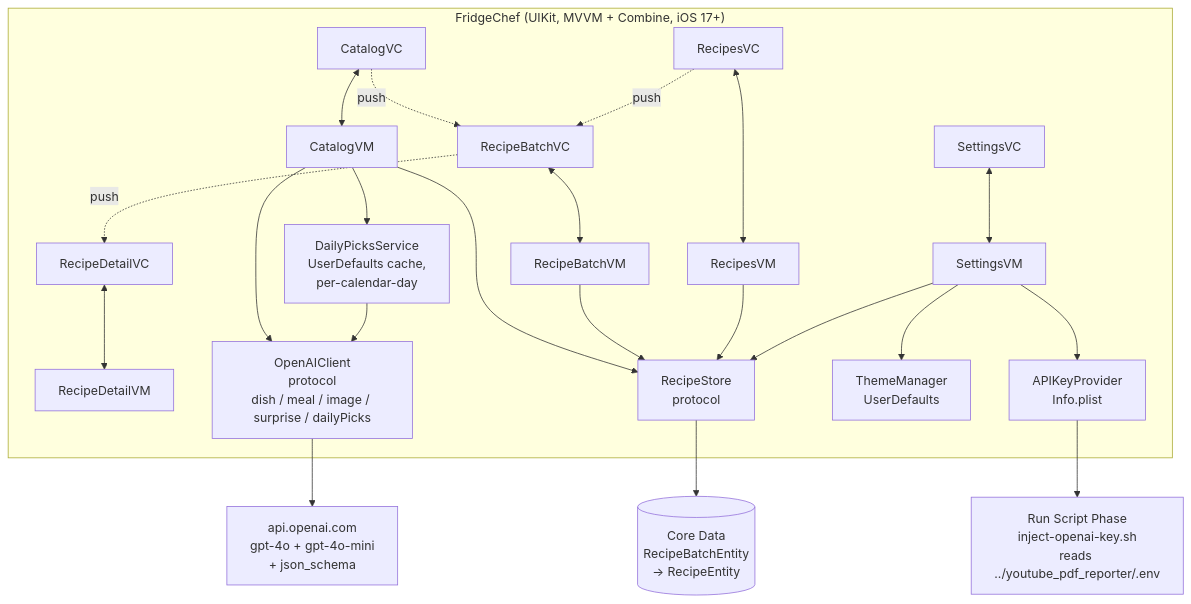
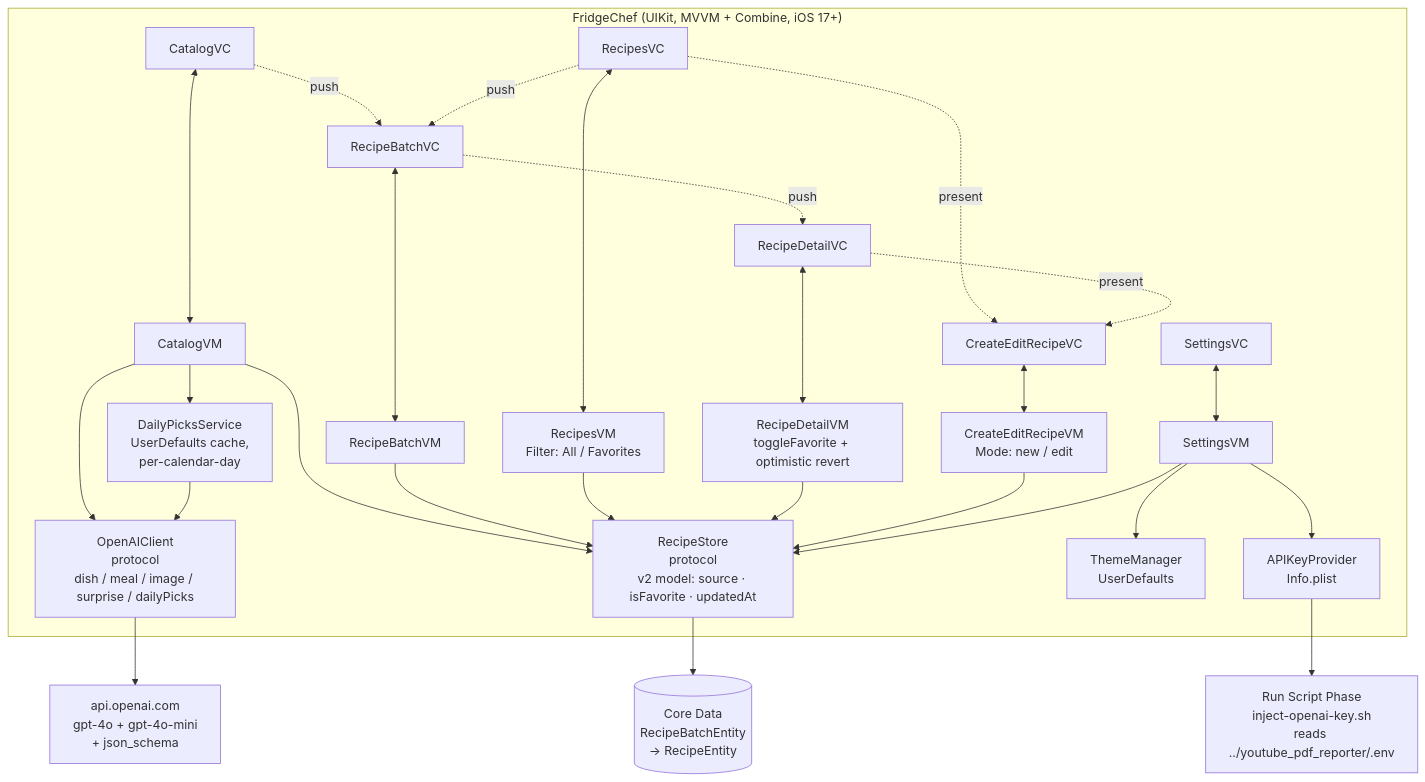
Before and after one commit to ZeekrBaha/fridgechef-ios: the first of 2 diagrams in README.md, drawn with Mermaid. The commit also changed other lines of this file and 5 other files, not shown here.

````diff
--- a/README.md
+++ b/README.md
@@ -72,34 +74,39 @@
 ```mermaid
 graph TB
     subgraph "FridgeChef (UIKit, MVVM + Combine, iOS 17+)"
         CatalogVC[CatalogVC] <--> CatalogVM[CatalogVM]
         RecipeBatchVC[RecipeBatchVC] <--> RecipeBatchVM[RecipeBatchVM]
-        RecipeDetailVC[RecipeDetailVC] <--> RecipeDetailVM[RecipeDetailVM]
-        RecipesVC[RecipesVC] <--> RecipesVM[RecipesVM]
+        RecipeDetailVC[RecipeDetailVC] <--> RecipeDetailVM[RecipeDetailVM<br/>toggleFavorite + optimistic revert]
+        RecipesVC[RecipesVC] <--> RecipesVM[RecipesVM<br/>Filter: All / Favorites]
         SettingsVC[SettingsVC] <--> SettingsVM[SettingsVM]
+        CreateEditRecipeVC[CreateEditRecipeVC] <--> CreateEditRecipeVM[CreateEditRecipeVM<br/>Mode: new / edit]
 
         CatalogVM --> OpenAIClient
         CatalogVM --> RecipeStore
         CatalogVM --> DailyPicksService
         DailyPicksService --> OpenAIClient
         RecipeBatchVM --> RecipeStore
         RecipesVM --> RecipeStore
+        RecipeDetailVM --> RecipeStore
+        CreateEditRecipeVM --> RecipeStore
+        RecipesVC -. present .-> CreateEditRecipeVC
+        RecipeDetailVC -. present .-> CreateEditRecipeVC
         SettingsVM --> ThemeManager
         SettingsVM --> RecipeStore
         SettingsVM --> APIKeyProvider
 
         CatalogVC -. push .-> RecipeBatchVC
         RecipesVC -. push .-> RecipeBatchVC
         RecipeBatchVC -. push .-> RecipeDetailVC
 
         OpenAIClient[OpenAIClient<br/>protocol<br/>dish / meal / image / surprise / dailyPicks]
-        RecipeStore[RecipeStore<br/>protocol]
+        RecipeStore[RecipeStore<br/>protocol<br/>v2 model: source · isFavorite · updatedAt]
         DailyPicksService[DailyPicksService<br/>UserDefaults cache,<br/>per-calendar-day]
         ThemeManager[ThemeManager<br/>UserDefaults]
         APIKeyProvider[APIKeyProvider<br/>Info.plist]
     end
 
     OpenAIClient --> OpenAI[api.openai.com<br/>gpt-4o + gpt-4o-mini<br/>+ json_schema]
     RecipeStore --> CoreData[(Core Data<br/>RecipeBatchEntity<br/>→ RecipeEntity)]
     APIKeyProvider --> BuildScript[Run Script Phase<br/>inject-openai-key.sh<br/>reads ../youtube_pdf_reporter/.env]
 ```
````
